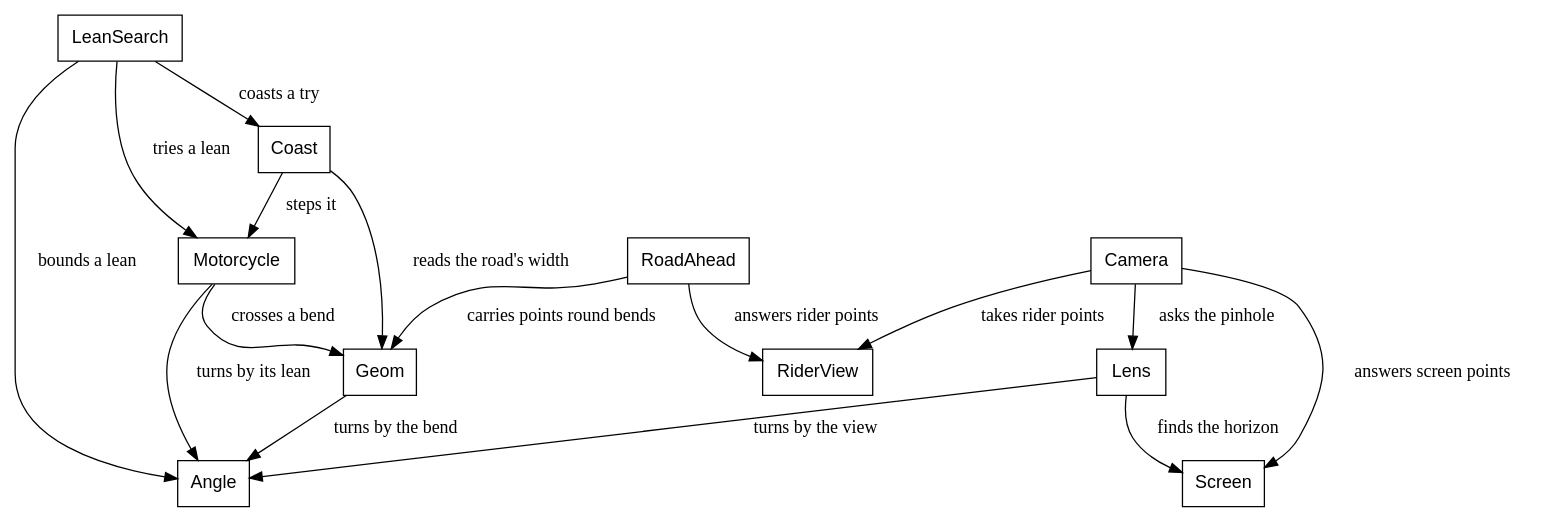
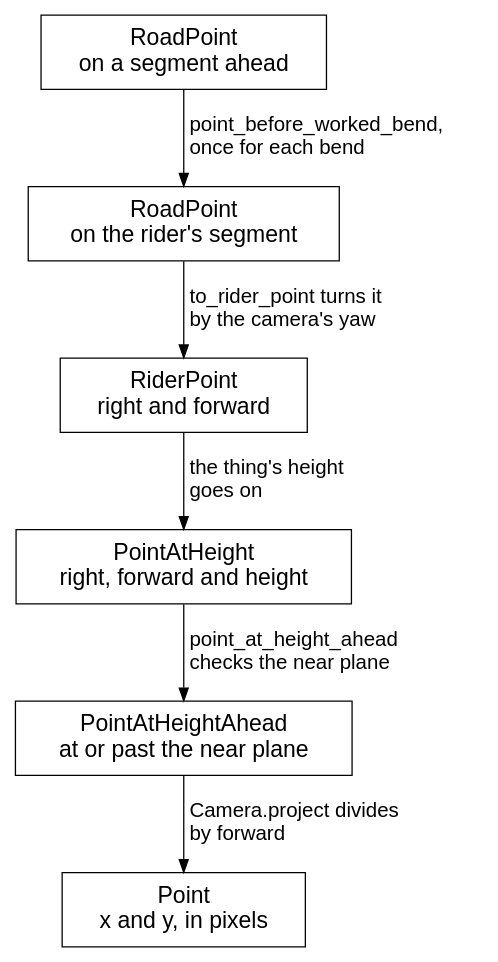
One commit to showell/roc-apps changed diagram 16 of 24 in canvas_apps/safari/tutorial/tutorial.md. Above: the diagram before and after it, drawn with Graphviz. The commit also changed other lines of this file and 4 other files, not shown here.

````diff
--- a/canvas_apps/safari/tutorial/tutorial.md
+++ b/canvas_apps/safari/tutorial/tutorial.md
@@ -2498,20 +2465,20 @@
 ```dot
-digraph math {
-  node [shape=box, fontname="Helvetica"];
-  LeanSearch -> Coast [label="  coasts a try"];
-  LeanSearch -> Motorcycle [label="  tries a lean"];
-  LeanSearch -> Angle [label="  bounds a lean"];
-  Coast -> Motorcycle [label="  steps it"];
-  Coast -> Geom [label="  reads the road's width"];
-  Motorcycle -> Angle [label="  turns by its lean"];
-  Motorcycle -> Geom [label="  crosses a bend"];
-  RoadAhead -> Geom [label="  carries points round bends"];
-  RoadAhead -> RiderView [label="  answers rider points"];
-  Camera -> Lens [label="  asks the pinhole"];
-  Camera -> RiderView [label="  takes rider points"];
-  Camera -> Screen [label="  answers screen points"];
-  Lens -> Angle [label="  turns by the view"];
-  Lens -> Screen [label="  finds the horizon"];
-  Geom -> Angle [label="  turns by the bend"];
+digraph trip {
+  rankdir=TB;
+  nodesep=0.6;
+  ranksep=0.55;
+  node [shape=box, fontname="Helvetica", fontsize=18, margin="0.25,0.12"];
+  edge [fontname="Helvetica", fontsize=16];
+  ahead [label="RoadPoint\non a segment ahead"];
+  own [label="RoadPoint\non the rider's segment"];
+  rider [label="RiderPoint\nright and forward"];
+  height [label="PointAtHeight\nright, forward and height"];
+  inview [label="PointAtHeightAhead\nat or past the near plane"];
+  screen [label="Point\nx and y, in pixels"];
+  ahead -> own [label="  point_before_worked_bend,\l  once for each bend\l"];
+  own -> rider [label="  to_rider_point turns it\l  by the camera's yaw\l"];
+  rider -> height [label="  the thing's height\l  goes on\l"];
+  height -> inview [label="  point_at_height_ahead\l  checks the near plane\l"];
+  inview -> screen [label="  Camera.project divides\l  by forward\l"];
 }
 ```
````
